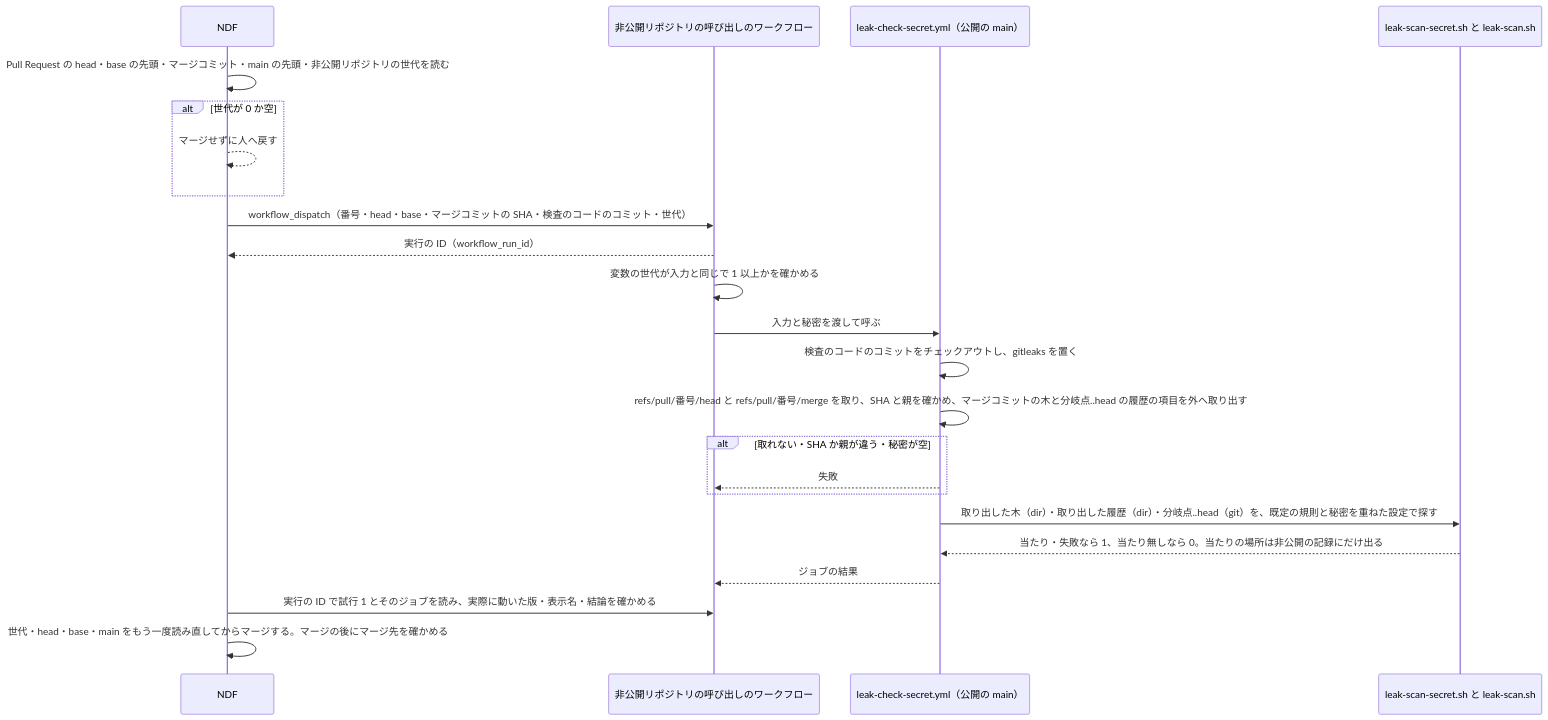
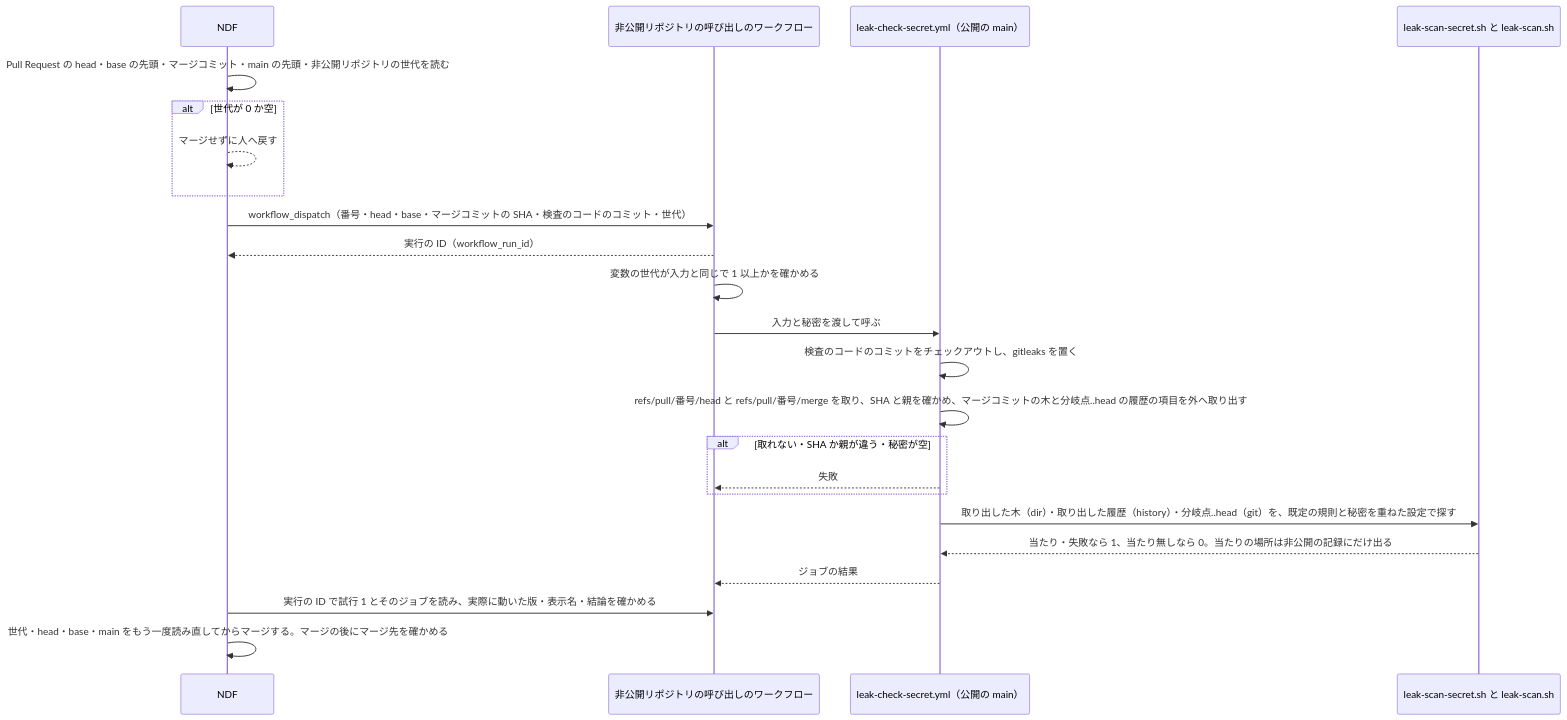
The fourth of 4 diagrams in issues/issue-96-101-design.md (devbasex/nd-factory), drawn with Mermaid before and after one commit. The commit also changed other lines of this file and 1 other file, not shown here.

````diff
--- a/issues/issue-96-101-design.md
+++ b/issues/issue-96-101-design.md
@@ -141,25 +141,25 @@
 ```mermaid
 sequenceDiagram
     participant N as NDF
     participant P as 非公開リポジトリの呼び出しのワークフロー
     participant J as leak-check-secret.yml（公開の main）
     participant S as leak-scan-secret.sh と leak-scan.sh
     N->>N: Pull Request の head・base の先頭・マージコミット・main の先頭・非公開リポジトリの世代を読む
     alt 世代が 0 か空
         N-->>N: マージせずに人へ戻す
     end
     N->>P: workflow_dispatch（番号・head・base・マージコミットの SHA・検査のコードのコミット・世代）
     P-->>N: 実行の ID（workflow_run_id）
     P->>P: 変数の世代が入力と同じで 1 以上かを確かめる
     P->>J: 入力と秘密を渡して呼ぶ
     J->>J: 検査のコードのコミットをチェックアウトし、gitleaks を置く
     J->>J: refs/pull/番号/head と refs/pull/番号/merge を取り、SHA と親を確かめ、マージコミットの木と分岐点..head の履歴の項目を外へ取り出す
     alt 取れない・SHA か親が違う・秘密が空
         J-->>P: 失敗
     end
-    J->>S: 取り出した木（dir）・取り出した履歴（dir）・分岐点..head（git）を、既定の規則と秘密を重ねた設定で探す
+    J->>S: 取り出した木（dir）・取り出した履歴（history）・分岐点..head（git）を、既定の規則と秘密を重ねた設定で探す
     S-->>J: 当たり・失敗なら 1、当たり無しなら 0。当たりの場所は非公開の記録にだけ出る
     J-->>P: ジョブの結果
     N->>P: 実行の ID で試行 1 とそのジョブを読み、実際に動いた版・表示名・結論を確かめる
     N->>N: 世代・head・base・main をもう一度読み直してからマージする。マージの後にマージ先を確かめる
 ```
````
